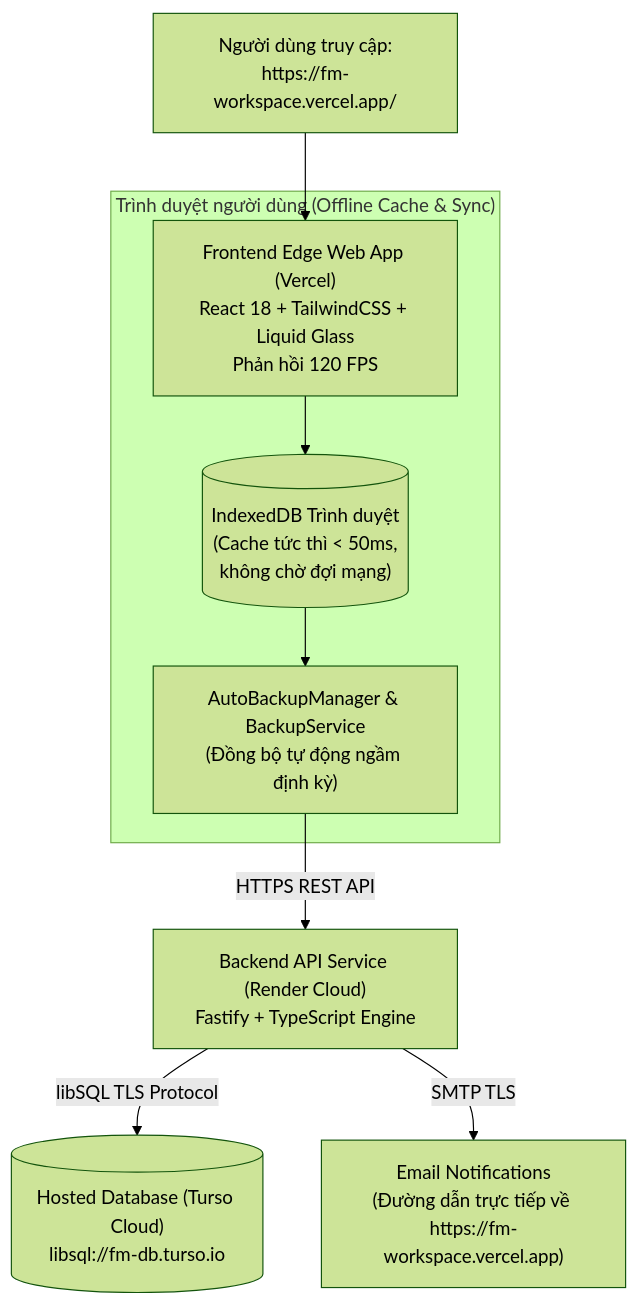
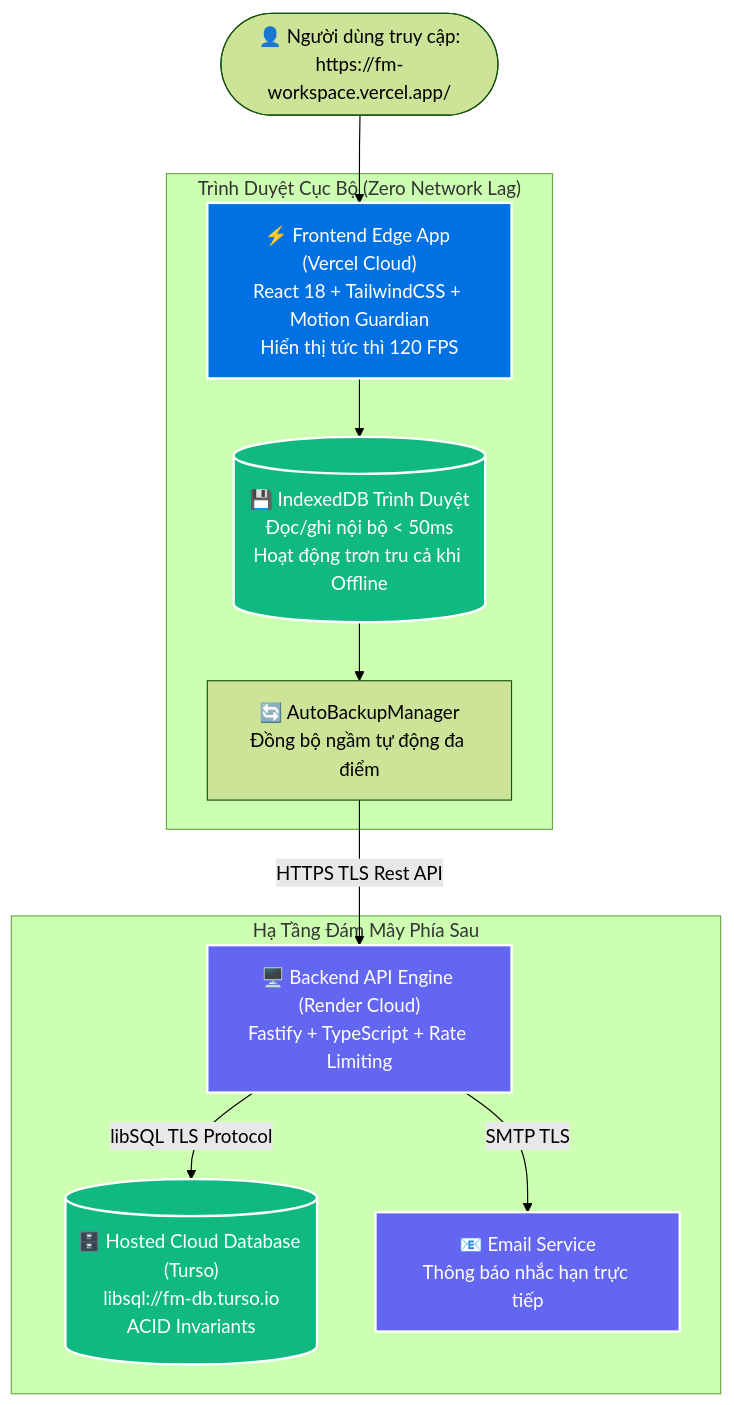
Before and after one commit to gochee-nhdk/fm-workspace: the diagram in README.md, drawn with Mermaid (forest theme). The commit also changed other lines of this file and 8 other files, not shown here.

````diff
--- a/README.md
+++ b/README.md
@@ -34,13 +145,22 @@
 ```mermaid
 flowchart TD
-    User["Người dùng truy cập:\nhttps://fm-workspace.vercel.app/"] --> Vercel["Frontend Edge Web App (Vercel)\nReact 18 + TailwindCSS + Liquid Glass\nPhản hồi 120 FPS"]
+    User(["👤 Người dùng truy cập:\nhttps://fm-workspace.vercel.app/"]) --> Vercel["⚡ Frontend Edge App (Vercel Cloud)\nReact 18 + TailwindCSS + Motion Guardian\nHiển thị tức thì 120 FPS"]
     
-    subgraph Browser ["Trình duyệt người dùng (Offline Cache & Sync)"]
-        Vercel --> LocalIDB[("IndexedDB Trình duyệt\n(Cache tức thì < 50ms,\nkhông chờ đợi mạng)")]
-        LocalIDB --> SyncMgr["AutoBackupManager & BackupService\n(Đồng bộ tự động ngầm định kỳ)"]
+    subgraph ClientLayer ["Trình Duyệt Cục Bộ (Zero Network Lag)"]
+        Vercel --> LocalIDB[("💾 IndexedDB Trình Duyệt\nĐọc/ghi nội bộ < 50ms\nHoạt động trơn tru cả khi Offline")]
+        LocalIDB --> SyncEngine["🔄 AutoBackupManager\nĐồng bộ ngầm tự động đa điểm"]
     end
     
-    SyncMgr -->|HTTPS REST API| Render["Backend API Service (Render Cloud)\nFastify + TypeScript Engine"]
-    Render -->|libSQL TLS Protocol| Turso[("Hosted Database (Turso Cloud)\nlibsql://fm-db.turso.io")]
-    Render -->|SMTP TLS| MailService["Email Notifications\n(Đường dẫn trực tiếp về https://fm-workspace.vercel.app)"]
+    subgraph CloudLayer ["Hạ Tầng Đám Mây Phía Sau"]
+        SyncEngine -->|HTTPS TLS Rest API| Render["🖥️ Backend API Engine (Render Cloud)\nFastify + TypeScript + Rate Limiting"]
+        Render -->|libSQL TLS Protocol| Turso[("🗄️ Hosted Cloud Database (Turso)\nlibsql://fm-db.turso.io\nACID Invariants")]
+        Render -->|SMTP TLS| MailService["📧 Email Service\nThông báo nhắc hạn trực tiếp"]
+    end
+
+    classDef edge fill:#0071e3,stroke:#fff,stroke-width:2px,color:#fff;
+    classDef storage fill:#10b981,stroke:#fff,stroke-width:2px,color:#fff;
+    classDef cloud fill:#6366f1,stroke:#fff,stroke-width:2px,color:#fff;
+    class Vercel edge;
+    class LocalIDB,Turso storage;
+    class Render,MailService cloud;
 ```
````
